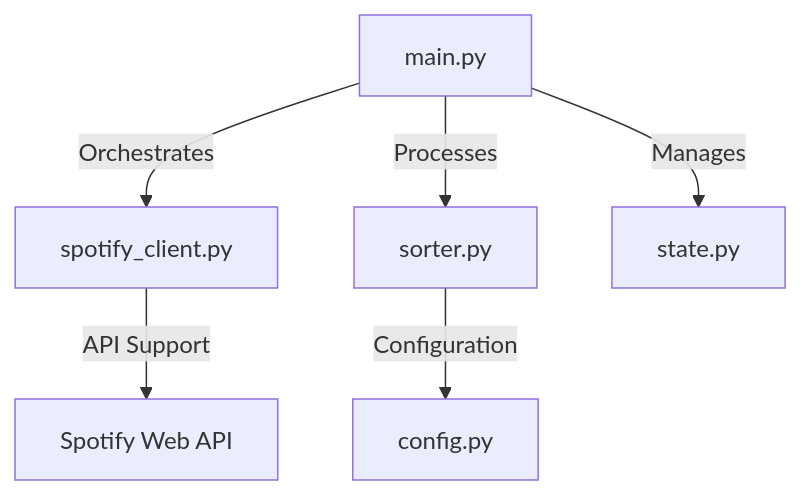
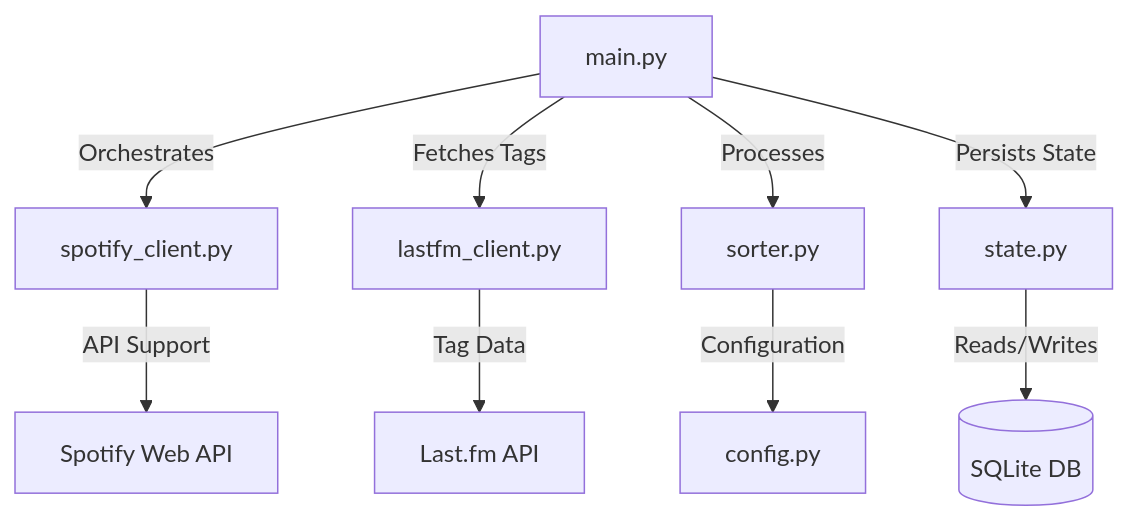
One commit to sahmed0/spotify-playlist-manager changed the diagram in README.md. Above: the diagram before and after it, drawn with Mermaid. The commit also changed other lines of this file and 20 other files, not shown here.

````diff
--- a/README.md
+++ b/README.md
@@ -19,8 +19,11 @@
 ```mermaid
 graph TD
     A[main.py] -->|Orchestrates| B[spotify_client.py]
+    A -->|Fetches Tags| G[lastfm_client.py]
     A -->|Processes| C[sorter.py]
-    A -->|Manages| D[state.py]
+    A -->|Persists State| D[state.py]
+    D -->|Reads/Writes| I[(SQLite DB)]
     B -->|API Support| E[Spotify Web API]
+    G -->|Tag Data| H[Last.fm API]
     C -->|Configuration| F[config.py]
 ```
````
